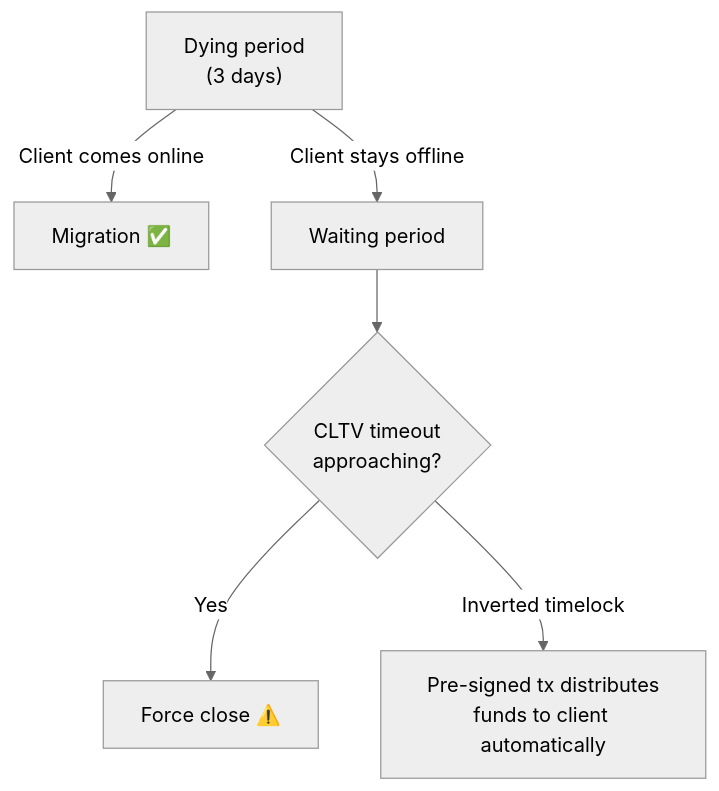
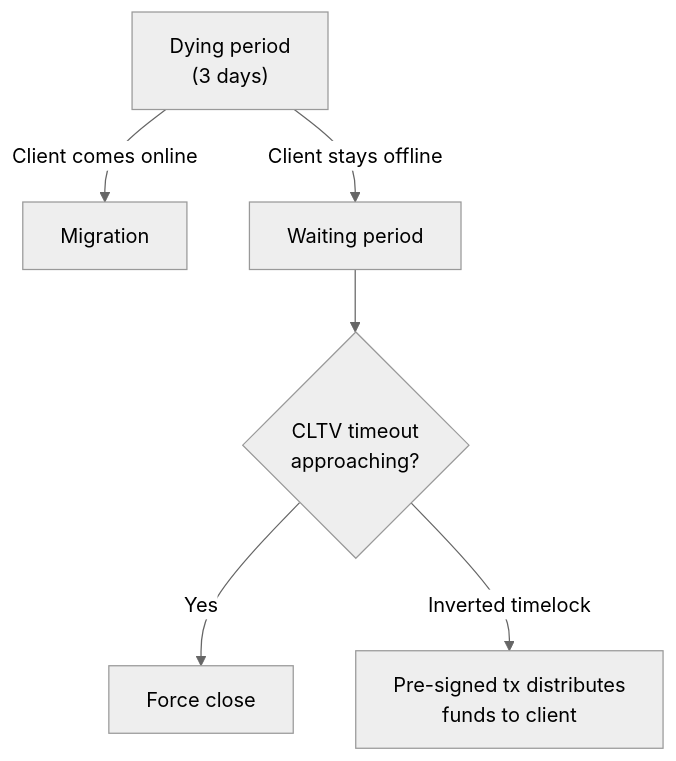
Before and after one commit to 8144225309/superscalar-docs: the fourth of 5 diagrams in how-it-works/client-migration.md, drawn with Mermaid (neutral theme). The commit also changed other lines of this file and 31 other files, not shown here.

````diff
--- a/how-it-works/client-migration.md
+++ b/how-it-works/client-migration.md
@@ -90,9 +89,9 @@
 ```mermaid
 flowchart TD
     D["Dying period<br/>(3 days)"]
-    D -->|"Client comes online"| M["Migration ✅"]
+    D -->|"Client comes online"| M["Migration"]
     D -->|"Client stays offline"| W["Waiting period"]
     W --> T{"CLTV timeout<br/>approaching?"}
-    T -->|"Yes"| FC["Force close ⚠️"]
-    T -->|"Inverted timelock"| IT["Pre-signed tx distributes<br/>funds to client automatically"]
+    T -->|"Yes"| FC["Force close"]
+    T -->|"Inverted timelock"| IT["Pre-signed tx distributes<br/>funds to client"]
 ```
````
